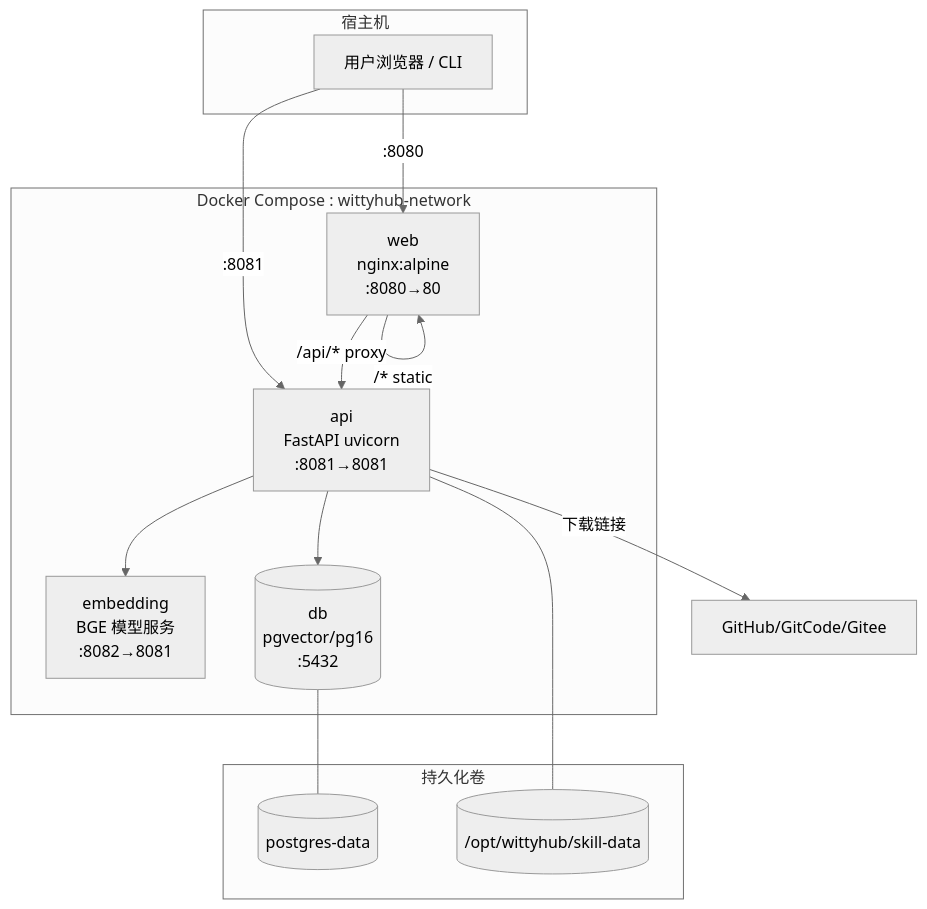
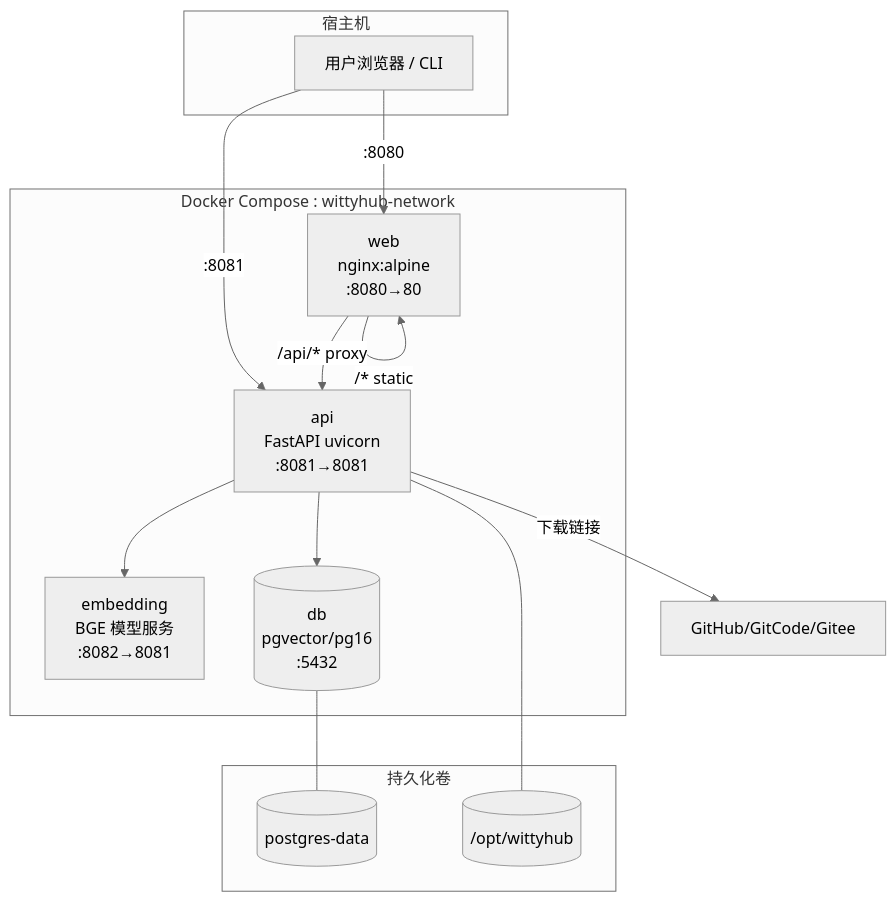
The fifth of 9 diagrams in doc/design/wittyhub-implementation-plan.md (openeuler-mirror/wittyhub), drawn with Mermaid (neutral theme) before and after one commit. The commit also changed other lines of this file and 6 other files, not shown here.

````diff
--- a/doc/design/wittyhub-implementation-plan.md
+++ b/doc/design/wittyhub-implementation-plan.md
@@ -453,29 +453,29 @@
 ```mermaid
 graph TB
     subgraph 宿主机
         U[用户浏览器 / CLI]
     end
 
     subgraph Docker Compose : wittyhub-network
         NG[web<br/>nginx:alpine<br/>:8080→80]
         API[api<br/>FastAPI uvicorn<br/>:8081→8081]
         EMB[embedding<br/>BGE 模型服务<br/>:8082→8081]
         DB[(db<br/>pgvector/pg16<br/>:5432)]
     end
 
     U -->|:8080| NG
     U -->|:8081| API
     NG -->|/api/* proxy| API
     NG -->|/* static| NG
     API --> DB
     API --> EMB
     API -->|下载链接| EXT[GitHub/GitCode/Gitee]
 
     subgraph 持久化卷
         V1[(postgres-data)]
-        V2[(/opt/wittyhub/skill-data)]
+        V2[(/opt/wittyhub)]
     end
 
     DB --- V1
     API --- V2
 ```
````
